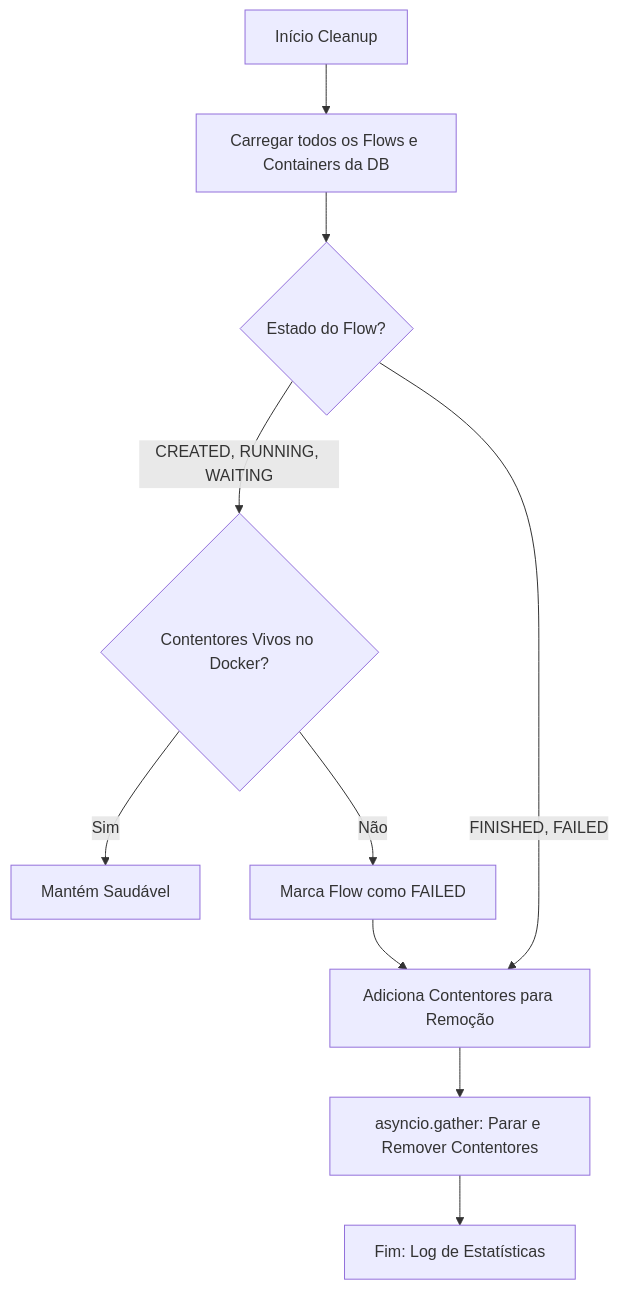
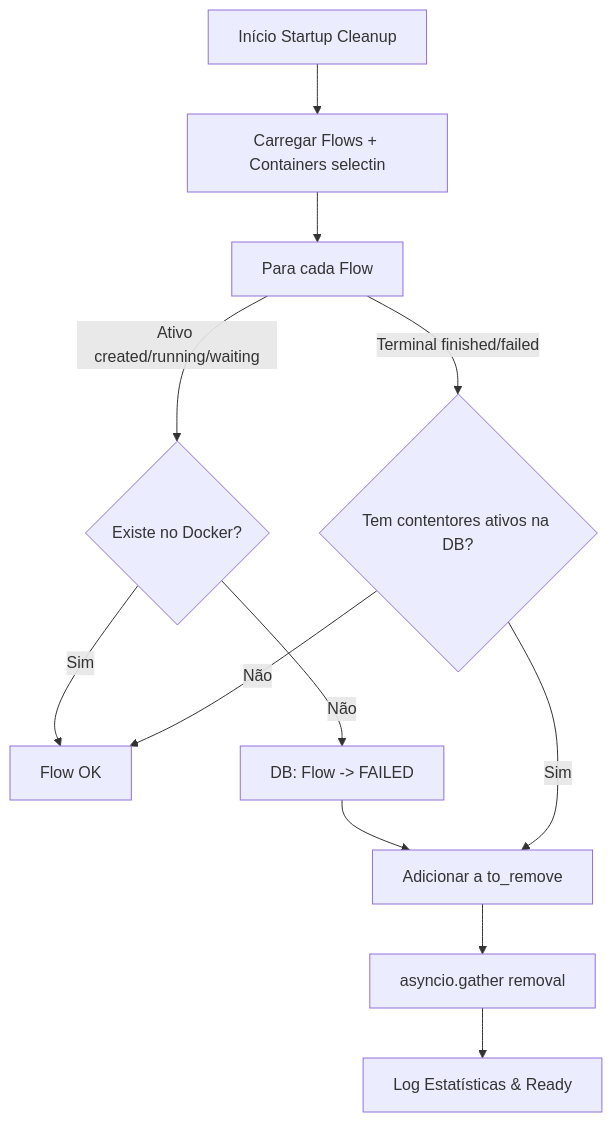
One commit to ricardoo022/4dill changed the diagram in docs/Epics/Docker Sandbox/US-018-STARTUP-CLEANUP-EXPLAINED.md. Above: the diagram before and after it, drawn with Mermaid. The commit also changed other lines of this file, not shown here.

````diff
--- a/docs/Epics/Docker Sandbox/US-018-STARTUP-CLEANUP-EXPLAINED.md
+++ b/docs/Epics/Docker Sandbox/US-018-STARTUP-CLEANUP-EXPLAINED.md
@@ -8,15 +115,17 @@
 ```mermaid
 graph TD
-    A[Início Cleanup] --> B[Carregar todos os Flows e Containers da DB]
-    B --> C{Estado do Flow?}
+    Start[Início Startup Cleanup] --> GetDB[Carregar Flows + Containers selectin]
+    GetDB --> Loop[Para cada Flow]
     
-    C -- "CREATED, RUNNING, WAITING" --> D{Contentores Vivos no Docker?}
-    D -- Sim --> E[Mantém Saudável]
-    D -- Não --> F[Marca Flow como FAILED]
-    F --> G[Adiciona Contentores para Remoção]
+    Loop -- Ativo created/running/waiting --> CheckDocker{Existe no Docker?}
+    CheckDocker -- Sim --> Healthy[Flow OK]
+    CheckDocker -- Não --> MarkFailed[DB: Flow -> FAILED]
+    MarkFailed --> AddRemove[Adicionar a to_remove]
     
-    C -- "FINISHED, FAILED" --> G
+    Loop -- Terminal finished/failed --> HasLive{Tem contentores ativos na DB?}
+    HasLive -- Sim --> AddRemove
+    HasLive -- Não --> Healthy
     
-    G --> H[asyncio.gather: Parar e Remover Contentores]
-    H --> I[Fim: Log de Estatísticas]
+    AddRemove --> Parallel[asyncio.gather removal]
+    Parallel --> Finish[Log Estatísticas & Ready]
 ```
````
